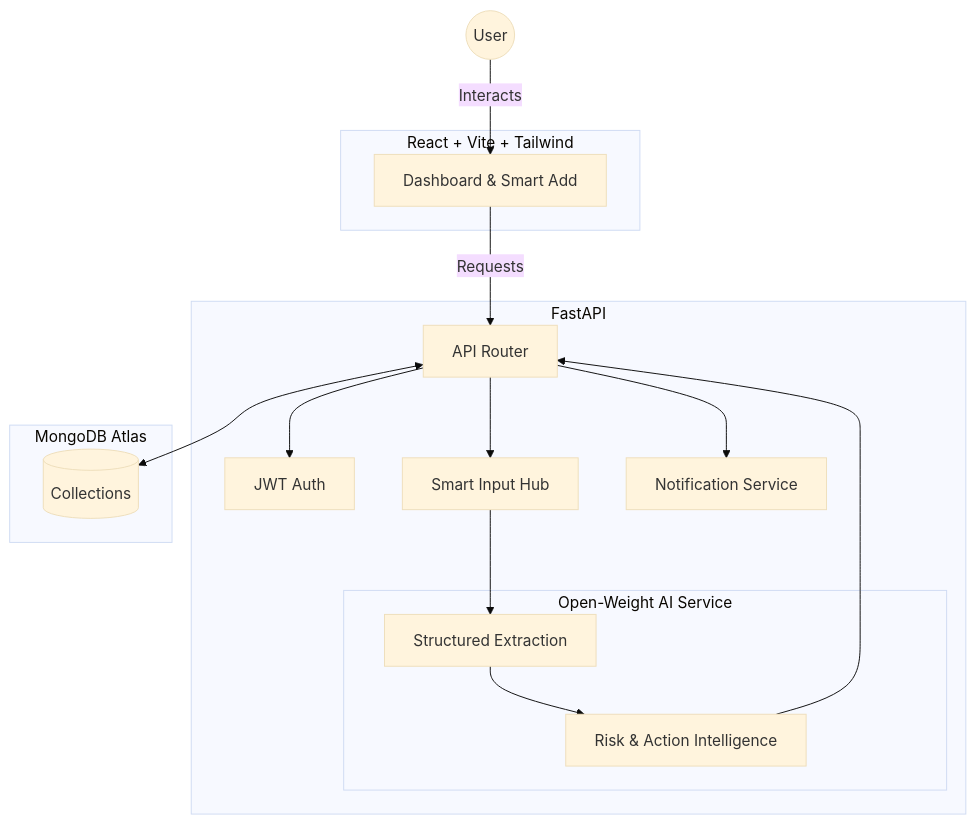
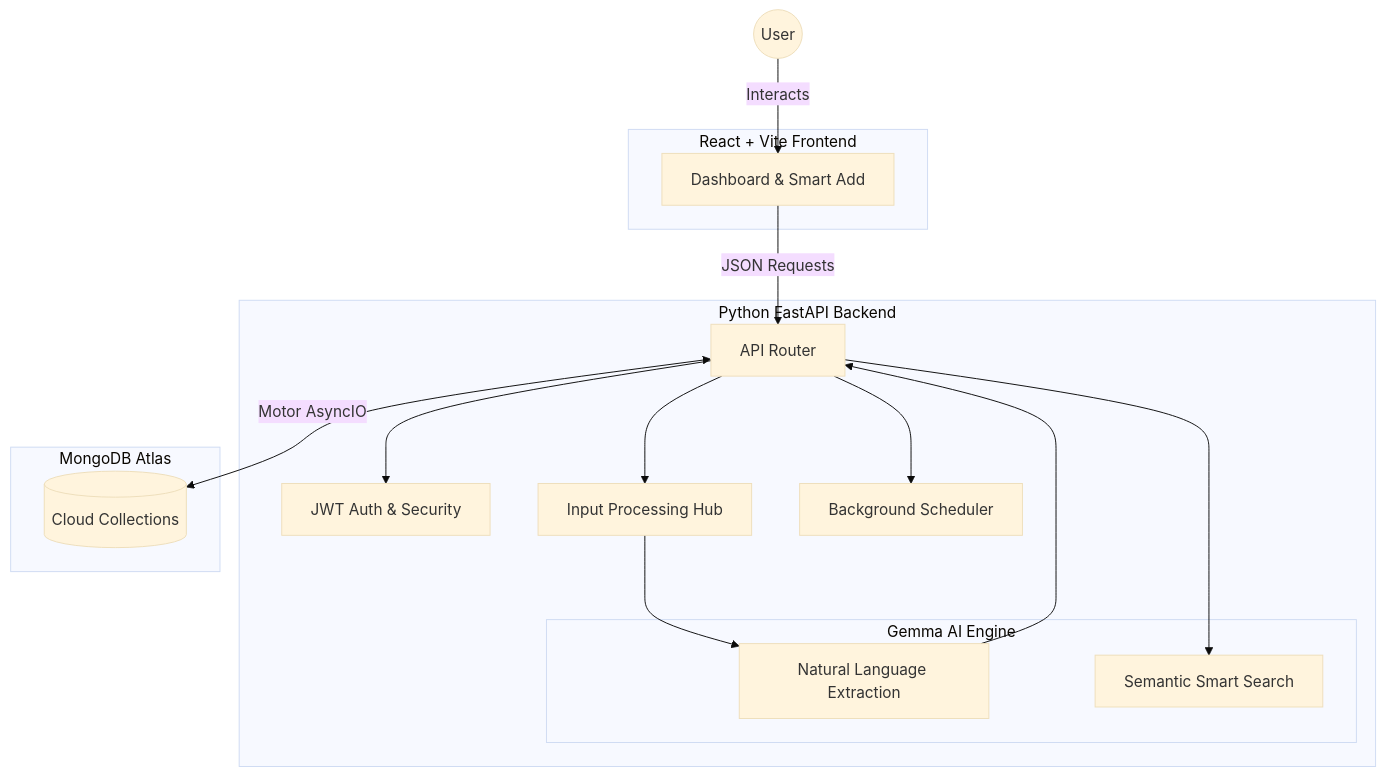
One commit to Lokesh11868/Expiry_Guard changed the diagram in README.md. Above: the diagram before and after it, drawn with Mermaid (base theme). The commit also changed other lines of this file, not shown here.

````diff
--- a/README.md
+++ b/README.md
@@ -42,35 +44,35 @@
 ```mermaid
 graph TD
     User((User)) -->|Interacts| UI
-    subgraph Frontend ["React + Vite + Tailwind"]
+    subgraph Frontend ["React + Vite Frontend"]
         UI[Dashboard & Smart Add]
     end
 
-    UI -->|Requests| FastAPI
+    UI -->|JSON Requests| FastAPI
     
-    subgraph Backend ["FastAPI"]
+    subgraph Backend ["Python FastAPI Backend"]
         FastAPI[API Router]
-        Auth[JWT Auth]
-        SmartInput[Smart Input Hub]
+        Auth[JWT Auth & Security]
+        SmartInput[Input Processing Hub]
         
-        subgraph OpenWeightAIService ["Open-Weight AI Service"]
-            Extraction[Structured Extraction]
-            Risk[Risk & Action Intelligence]
+        subgraph AI_Engine ["Gemma AI Engine"]
+            Extraction[Natural Language Extraction]
+            Search[Semantic Smart Search]
         end
         
-        Notifier[Notification Service]
+        Notifier[Background Scheduler]
     end
 
     FastAPI --> Auth
     FastAPI --> SmartInput
     SmartInput --> Extraction
-    Extraction --> Risk
-    Risk --> FastAPI
+    Extraction --> FastAPI
+    FastAPI --> Search
     FastAPI --> Notifier
     
     subgraph Database ["MongoDB Atlas"]
-        DB[(Collections)]
+        DB[(Cloud Collections)]
     end
     
-    FastAPI <--> DB
+    FastAPI <-->|Motor AsyncIO| DB
 ```
````
